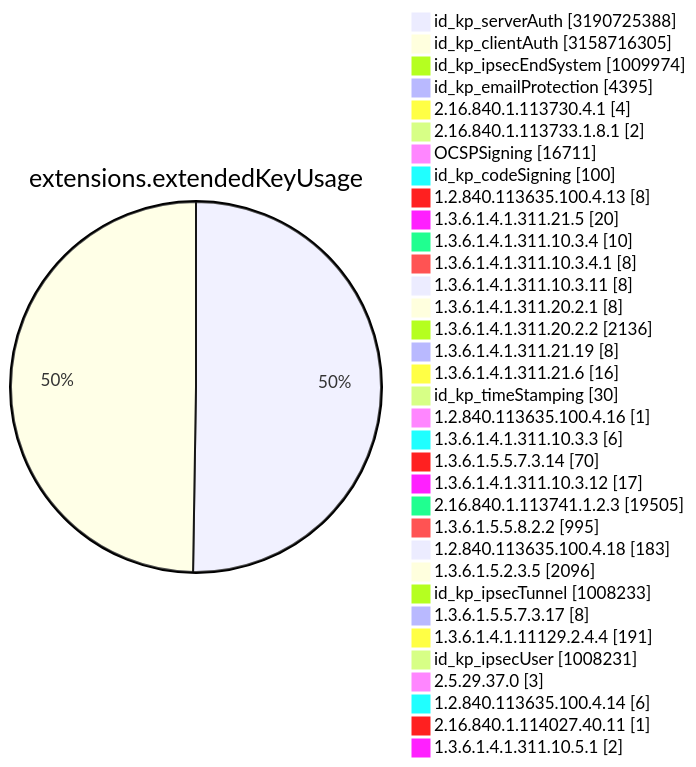
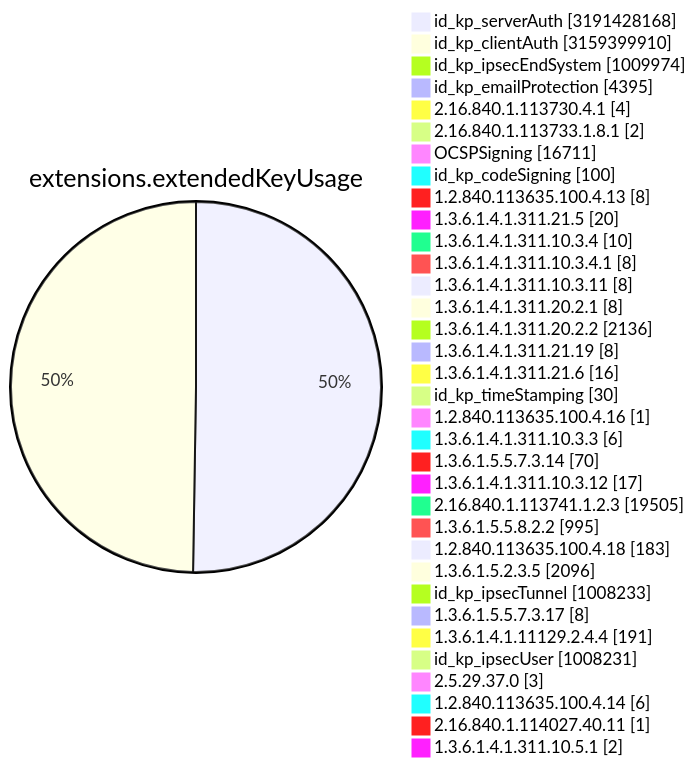
Before and after one commit to christiankrug/ctmonitor_visualization: diagram 11 of 15 in TOTAL/README.md, drawn with Mermaid. The commit also changed other lines of this file, not shown here.

````diff
--- a/TOTAL/README.md
+++ b/TOTAL/README.md
@@ -4119,38 +4119,38 @@
 ```mermaid
 pie showData
 title extensions.extendedKeyUsage
-"id_kp_serverAuth" :3190725388
-"id_kp_clientAuth" :3158716305
+"id_kp_serverAuth" :3191428168
+"id_kp_clientAuth" :3159399910
 "id_kp_ipsecEndSystem" :1009974
 "id_kp_emailProtection" :4395
 "2.16.840.1.113730.4.1" :4
 "2.16.840.1.113733.1.8.1" :2
 "OCSPSigning" :16711
 "id_kp_codeSigning" :100
 "1.2.840.113635.100.4.13" :8
 "1.3.6.1.4.1.311.21.5" :20
 "1.3.6.1.4.1.311.10.3.4" :10
 "1.3.6.1.4.1.311.10.3.4.1" :8
 "1.3.6.1.4.1.311.10.3.11" :8
 "1.3.6.1.4.1.311.20.2.1" :8
 "1.3.6.1.4.1.311.20.2.2" :2136
 "1.3.6.1.4.1.311.21.19" :8
 "1.3.6.1.4.1.311.21.6" :16
 "id_kp_timeStamping" :30
 "1.2.840.113635.100.4.16" :1
 "1.3.6.1.4.1.311.10.3.3" :6
 "1.3.6.1.5.5.7.3.14" :70
 "1.3.6.1.4.1.311.10.3.12" :17
 "2.16.840.1.113741.1.2.3" :19505
 "1.3.6.1.5.5.8.2.2" :995
 "1.2.840.113635.100.4.18" :183
 "1.3.6.1.5.2.3.5" :2096
 "id_kp_ipsecTunnel" :1008233
 "1.3.6.1.5.5.7.3.17" :8
 "1.3.6.1.4.1.11129.2.4.4" :191
 "id_kp_ipsecUser" :1008231
 "2.5.29.37.0" :3
 "1.2.840.113635.100.4.14" :6
 "2.16.840.1.114027.40.11" :1
 "1.3.6.1.4.1.311.10.5.1" :2
 ```
````
